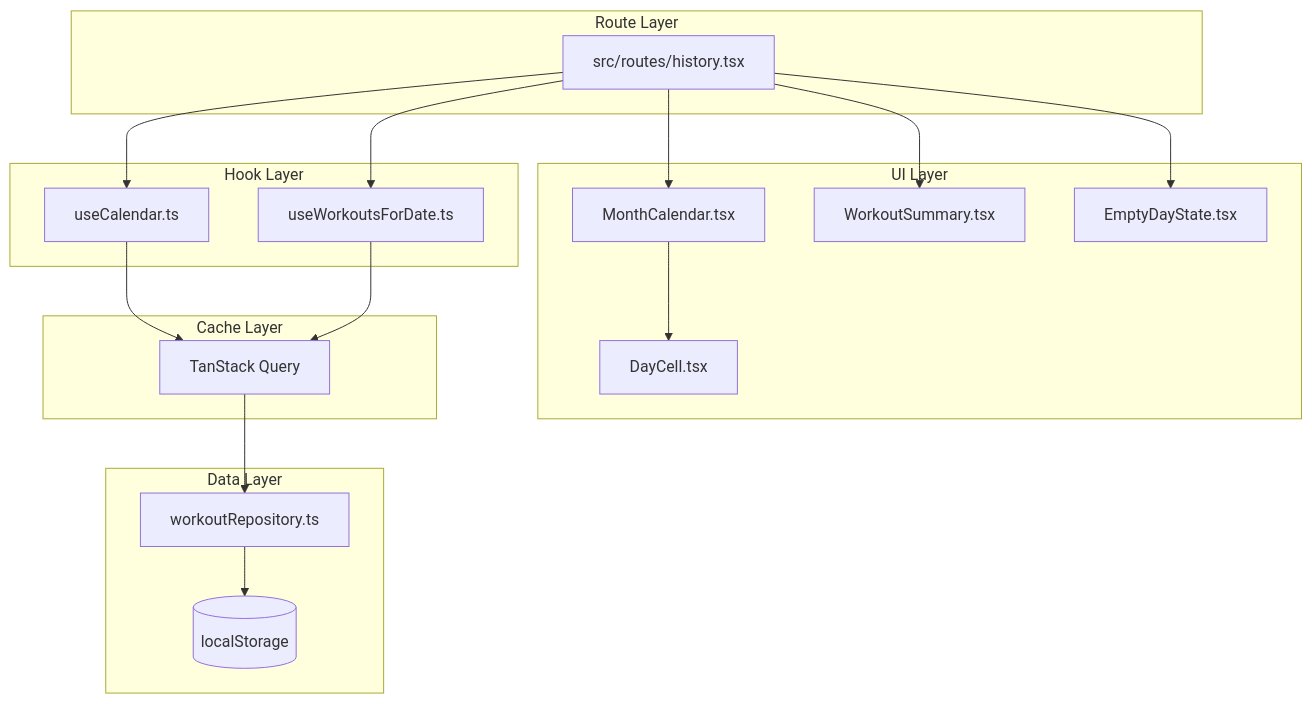
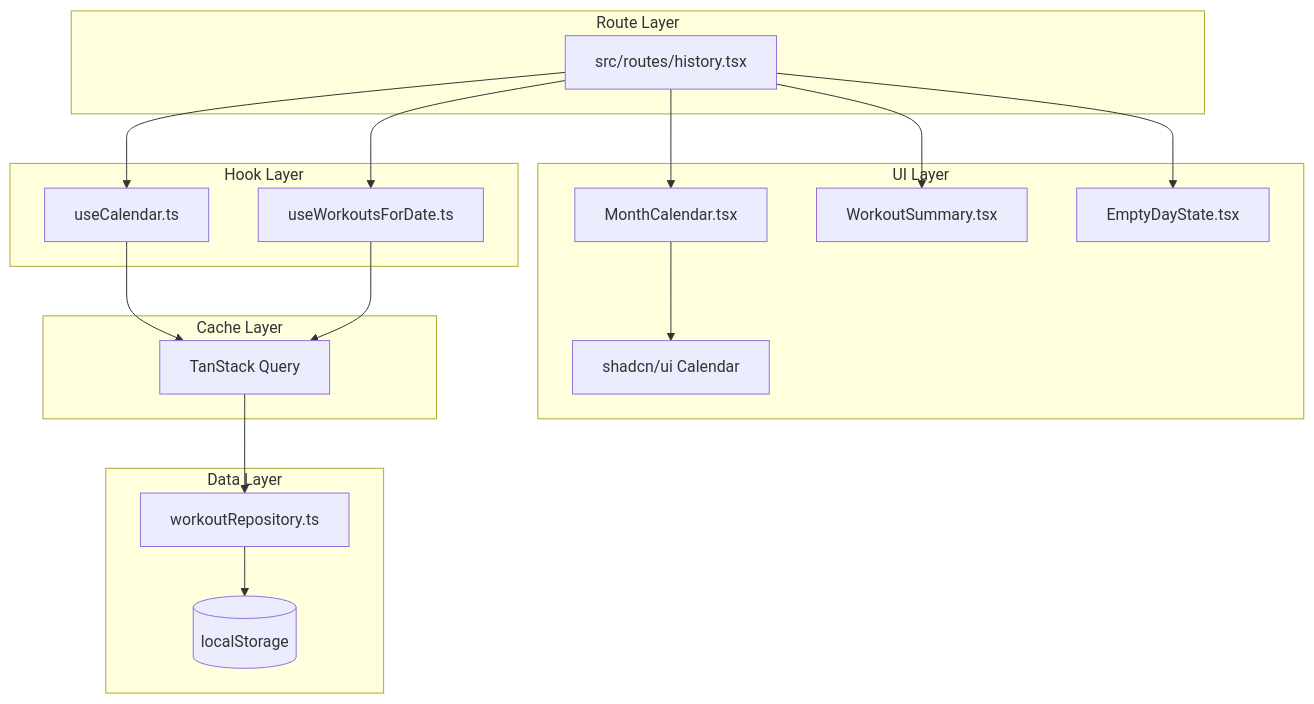
One commit to SakumaTakuya/gymini changed the diagram in .sdd/specification/history/index_design.md. Above: the diagram before and after it, drawn with Mermaid. The commit also changed other lines of this file and 1 other file, not shown here.

````diff
--- a/.sdd/specification/history/index_design.md
+++ b/.sdd/specification/history/index_design.md
@@ -68,40 +68,40 @@
 ```mermaid
 graph TD
     subgraph "Route Layer"
         HR[src/routes/history.tsx]
     end
 
     subgraph "UI Layer"
         MC[MonthCalendar.tsx]
+        SC[shadcn/ui Calendar]
         WS_C[WorkoutSummary.tsx]
         EDS[EmptyDayState.tsx]
-        DC[DayCell.tsx]
     end
 
     subgraph "Hook Layer"
         UC[useCalendar.ts]
         UWD[useWorkoutsForDate.ts]
     end
 
     subgraph "Cache Layer"
         TQ[TanStack Query]
     end
 
     subgraph "Data Layer"
         WR[workoutRepository.ts]
         LS[(localStorage)]
     end
 
     HR --> UC
     HR --> UWD
     HR --> MC
     HR --> WS_C
     HR --> EDS
 
-    MC --> DC
+    MC --> SC
 
     UC --> TQ
     UWD --> TQ
     TQ --> WR
     WR --> LS
 ```
````
